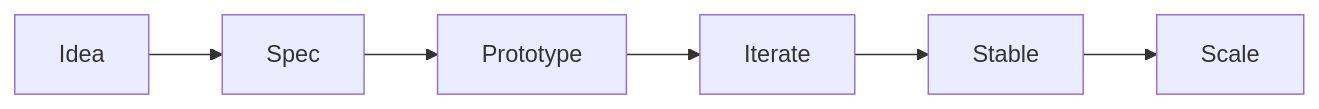
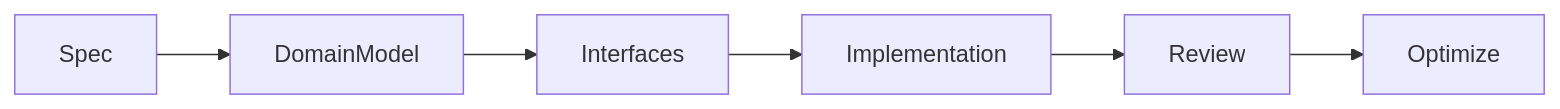
Before and after one commit to evinaa21/evinaa21: the diagram in README.md, drawn with Mermaid. The commit also changed other lines of this file, not shown here.

````diff
--- a/README.md
+++ b/README.md
@@ -108,4 +84,4 @@
 ```mermaid
 flowchart LR
-Idea --> Spec --> Prototype --> Iterate --> Stable --> Scale
+Spec --> DomainModel --> Interfaces --> Implementation --> Review --> Optimize
 ```
````
